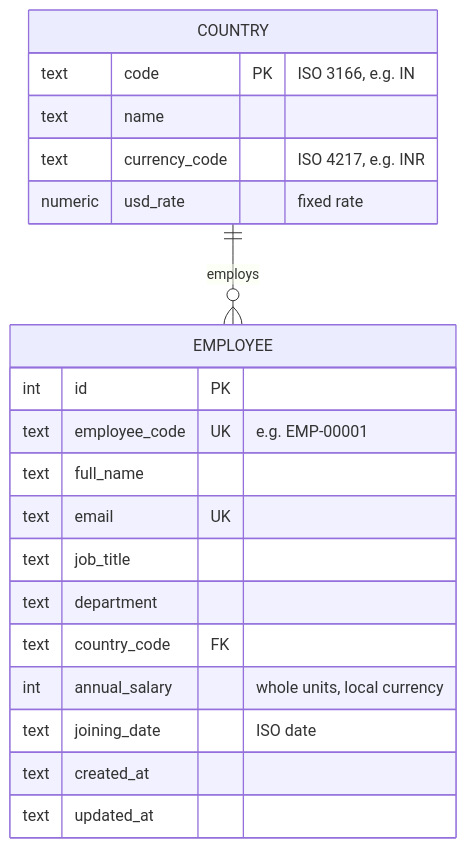
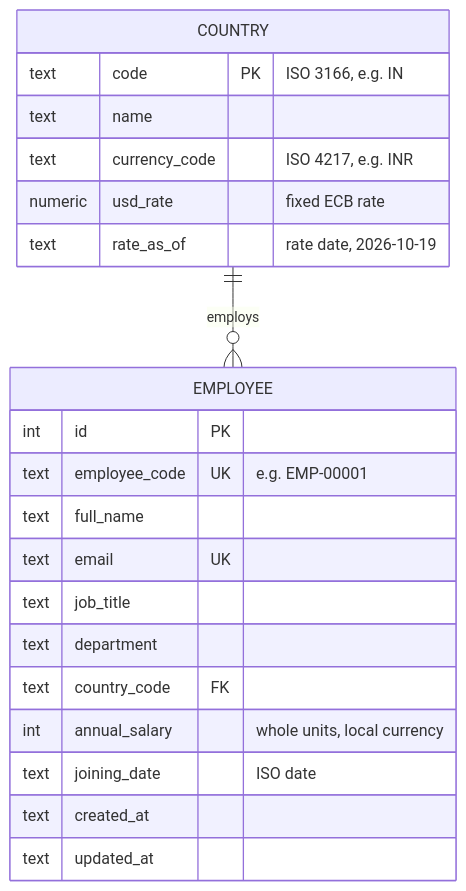
Before and after one commit to kuttekiran97/salary-management-system: the third of 5 diagrams in docs/architecture.md, drawn with Mermaid. The commit also changed other lines of this file and 4 other files, not shown here.

````diff
--- a/docs/architecture.md
+++ b/docs/architecture.md
@@ -79,23 +82,24 @@
 ```mermaid
 erDiagram
     EMPLOYEE {
         int id PK
         text employee_code UK "e.g. EMP-00001"
         text full_name
         text email UK
         text job_title
         text department
         text country_code FK
         int annual_salary "whole units, local currency"
         text joining_date "ISO date"
         text created_at
         text updated_at
     }
     COUNTRY {
         text code PK "ISO 3166, e.g. IN"
         text name
         text currency_code "ISO 4217, e.g. INR"
-        numeric usd_rate "fixed rate"
+        numeric usd_rate "fixed ECB rate"
+        text rate_as_of "rate date, 2026-10-19"
     }
     COUNTRY ||--o{ EMPLOYEE : employs
 ```
````
